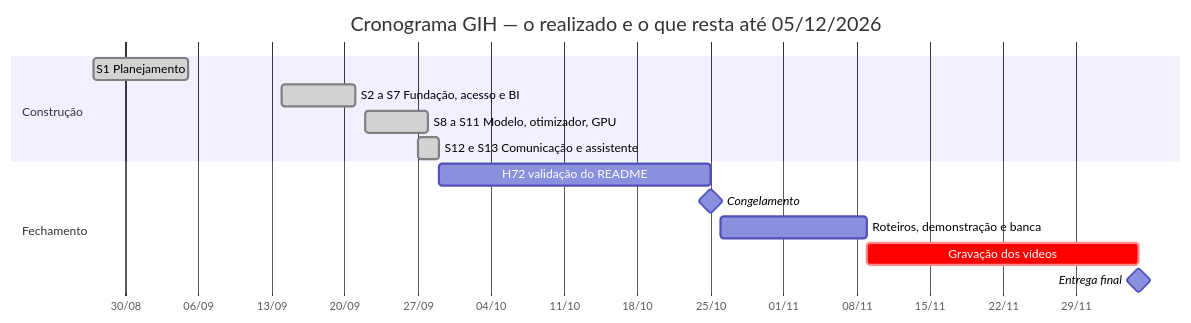
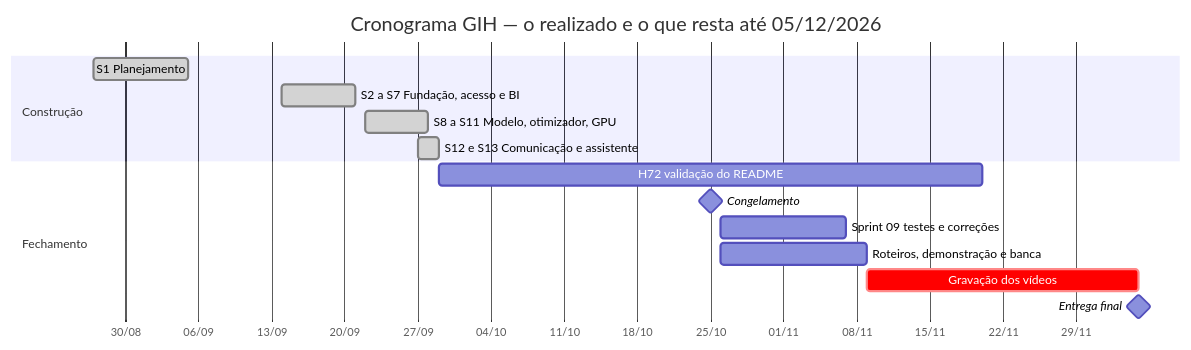
Before and after one commit to PedroMiranda243/gih-fabrica-de-software: the diagram in docs/05-cronograma.md, drawn with Mermaid. The commit also changed other lines of this file and 2 other files, not shown here.

First line of the commit message:
docs: a Sprint 09 no backlog e no cronograma, e o processo como de fato andou

````diff
--- a/docs/05-cronograma.md
+++ b/docs/05-cronograma.md
@@ -149,19 +151,20 @@
 ```mermaid
 gantt
     title Cronograma GIH — o realizado e o que resta até 05/12/2026
     dateFormat YYYY-MM-DD
     axisFormat %d/%m
 
     section Construção
     S1 Planejamento                 :done, 2026-08-27, 2026-09-05
     S2 a S7 Fundação, acesso e BI   :done, 2026-09-14, 2026-09-21
     S8 a S11 Modelo, otimizador, GPU :done, 2026-09-22, 2026-09-28
     S12 e S13 Comunicação e assistente :done, 2026-09-27, 2026-09-29
 
     section Fechamento
-    H72 validação do README         :2026-09-29, 2026-10-25
+    H72 validação do README         :2026-09-29, 2026-11-20
     Congelamento                    :milestone, 2026-10-25, 0d
+    Sprint 09 testes e correções    :2026-10-26, 2026-11-07
     Roteiros, demonstração e banca  :2026-10-26, 2026-11-09
     Gravação dos vídeos             :crit, 2026-11-09, 2026-12-05
     Entrega final                   :milestone, 2026-12-05, 0d
 ```
````
